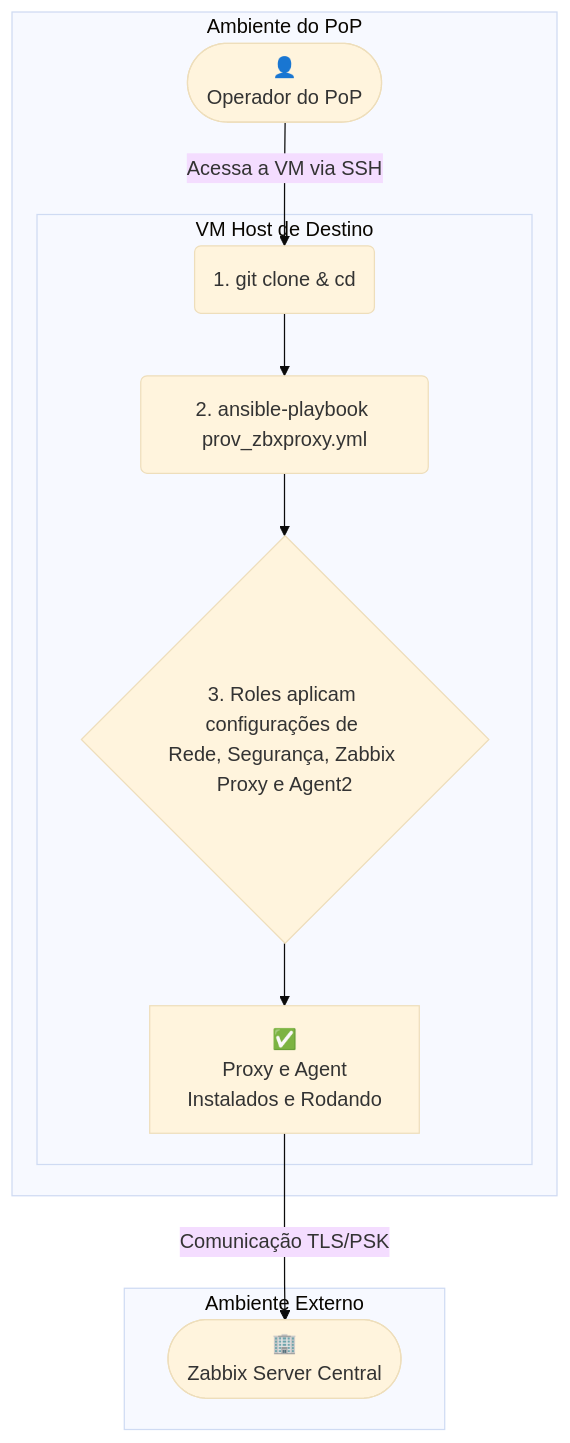
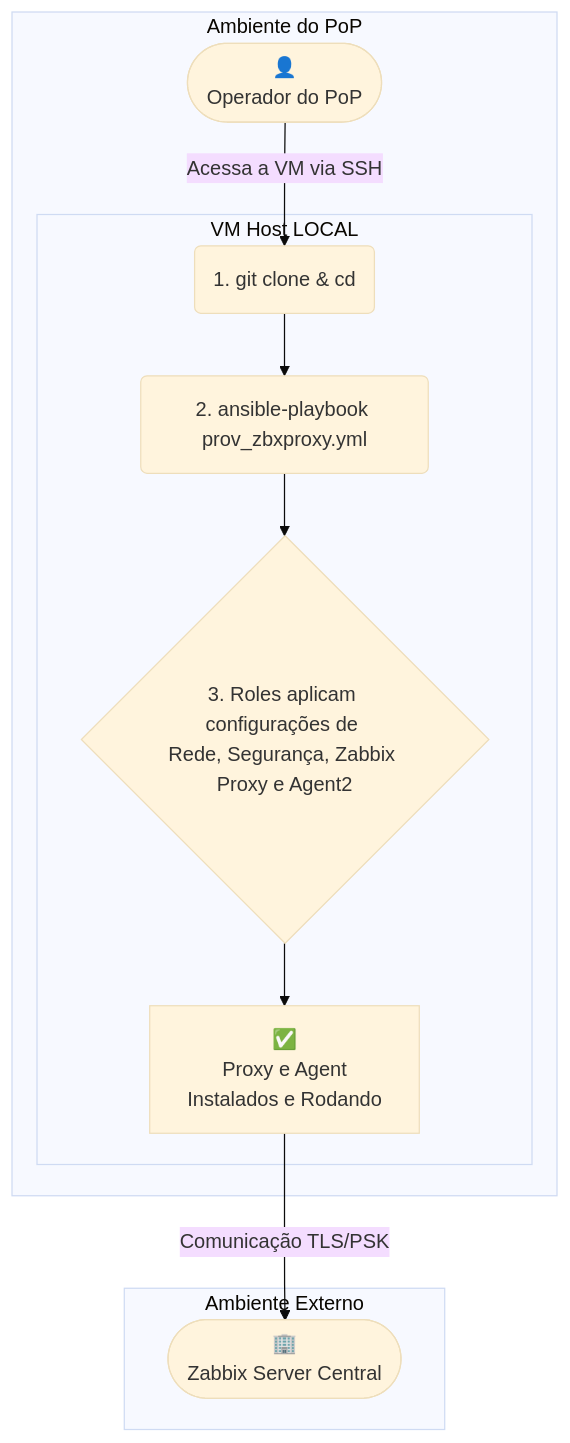
Before and after one commit to felipeanj0s/Delta: the diagram in README.md, drawn with Mermaid (base theme).

````diff
--- a/README.md
+++ b/README.md
@@ -44,23 +44,23 @@
 ```mermaid
 graph TD;
     subgraph "Ambiente Externo"
         ZabbixServer(["🏢<br>Zabbix Server Central"]);
     end
 
     subgraph "Ambiente do PoP"
         Operador(["👤<br>Operador do PoP"]);
 
-        subgraph "VM Host de Destino"
+        subgraph "VM Host LOCAL"
             A("1. git clone & cd");
             B("2. ansible-playbook prov_zbxproxy.yml");
             C{"3. Roles aplicam configurações de <br>Rede, Segurança, Zabbix Proxy e Agent2"};
             D["✅<br>Proxy e Agent<br>Instalados e Rodando"];
             
             A --> B --> C --> D;
         end
 
         Operador -- "Acessa a VM via SSH" --> A;
     end
     
     D -- "Comunicação TLS/PSK" --> ZabbixServer;
 ```
````
